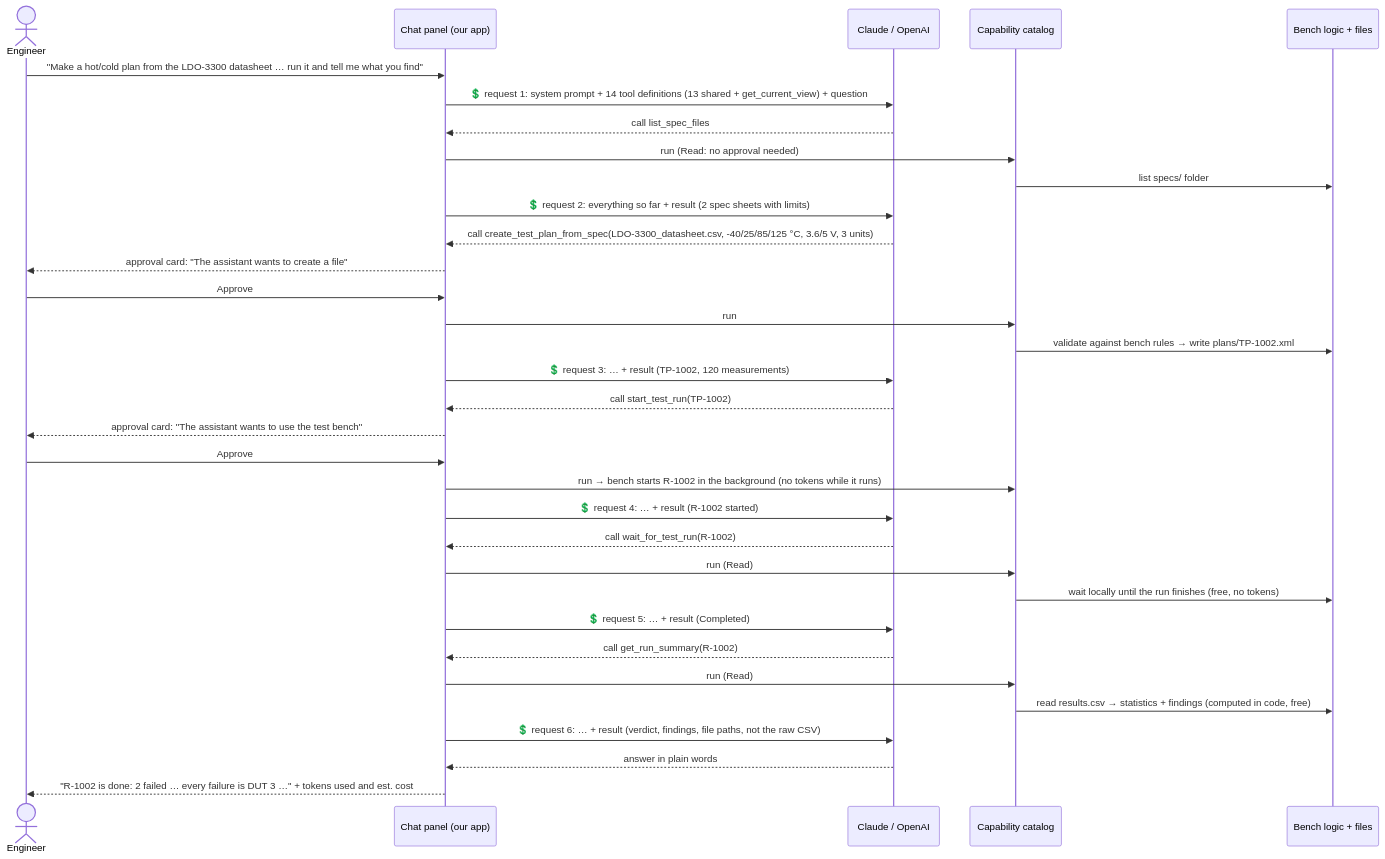
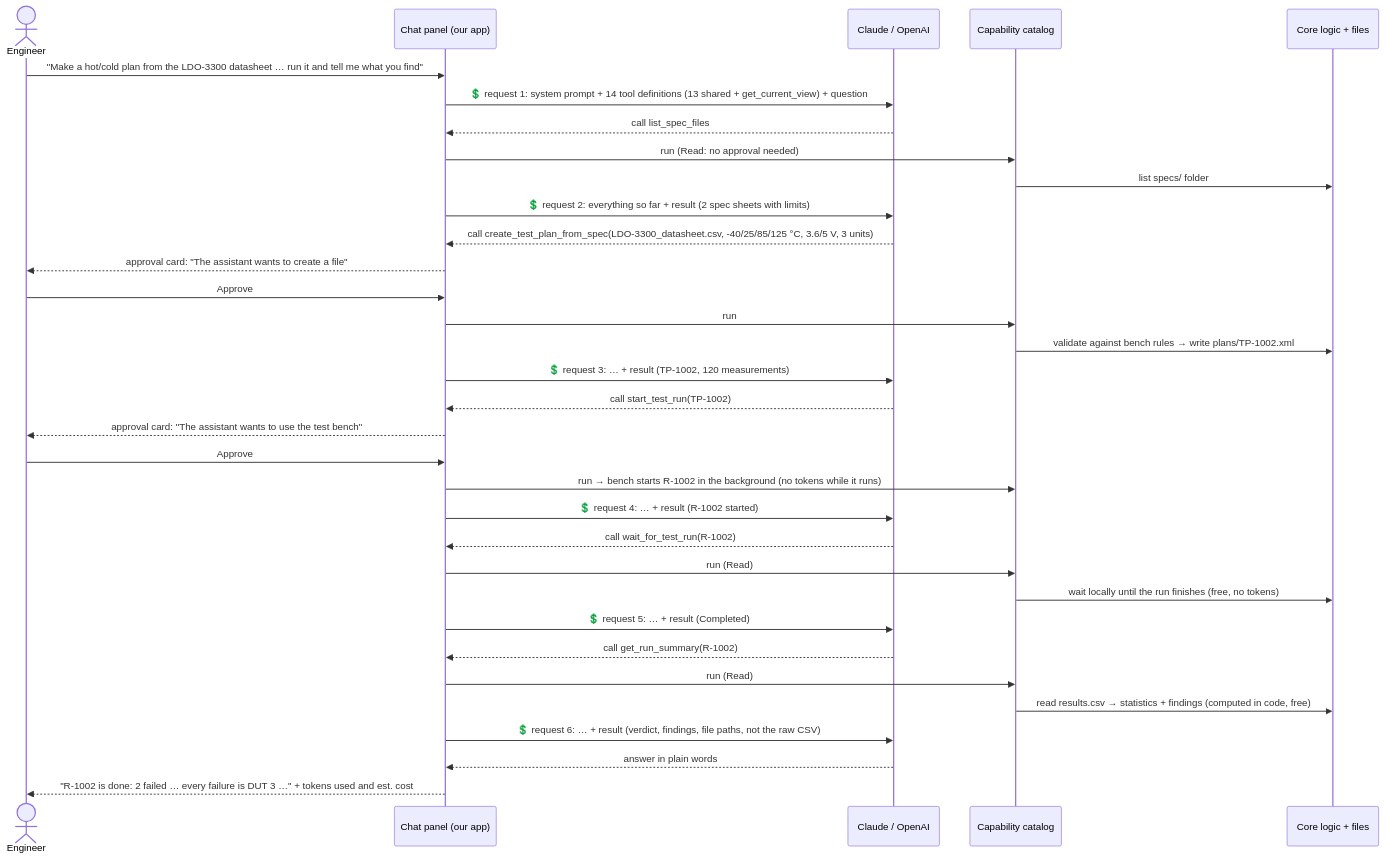
One commit to RelentlessOldMan/ChatbotAddonDemo changed the third of 6 diagrams in docs/design.md. Above: the diagram before and after it, drawn with Mermaid. The commit also changed other lines of this file and 2 other files, not shown here.

First line of the commit message:
Docs: make the architecture diagrams generic (core logic, no test-bench lists in boxes)

````diff
--- a/docs/design.md
+++ b/docs/design.md
@@ -203,36 +203,36 @@
 ```mermaid
 sequenceDiagram
     actor U as Engineer
     participant P as Chat panel (our app)
     participant M as Claude / OpenAI
     participant C as Capability catalog
-    participant B as Bench logic + files
+    participant B as Core logic + files
 
     U->>P: "Make a hot/cold plan from the LDO-3300 datasheet … run it and tell me what you find"
     P->>M: 💲 request 1: system prompt + 14 tool definitions (13 shared + get_current_view) + question
     M-->>P: call list_spec_files
     P->>C: run (Read: no approval needed)
     C->>B: list specs/ folder
     P->>M: 💲 request 2: everything so far + result (2 spec sheets with limits)
     M-->>P: call create_test_plan_from_spec(LDO-3300_datasheet.csv, -40/25/85/125 °C, 3.6/5 V, 3 units)
     P-->>U: approval card: "The assistant wants to create a file"
     U->>P: Approve
     P->>C: run
     C->>B: validate against bench rules → write plans/TP-1002.xml
     P->>M: 💲 request 3: … + result (TP-1002, 120 measurements)
     M-->>P: call start_test_run(TP-1002)
     P-->>U: approval card: "The assistant wants to use the test bench"
     U->>P: Approve
     P->>C: run → bench starts R-1002 in the background (no tokens while it runs)
     P->>M: 💲 request 4: … + result (R-1002 started)
     M-->>P: call wait_for_test_run(R-1002)
     P->>C: run (Read)
     C->>B: wait locally until the run finishes (free, no tokens)
     P->>M: 💲 request 5: … + result (Completed)
     M-->>P: call get_run_summary(R-1002)
     P->>C: run (Read)
     C->>B: read results.csv → statistics + findings (computed in code, free)
     P->>M: 💲 request 6: … + result (verdict, findings, file paths, not the raw CSV)
     M-->>P: answer in plain words
     P-->>U: "R-1002 is done: 2 failed … every failure is DUT 3 …" + tokens used and est. cost
 ```
````
